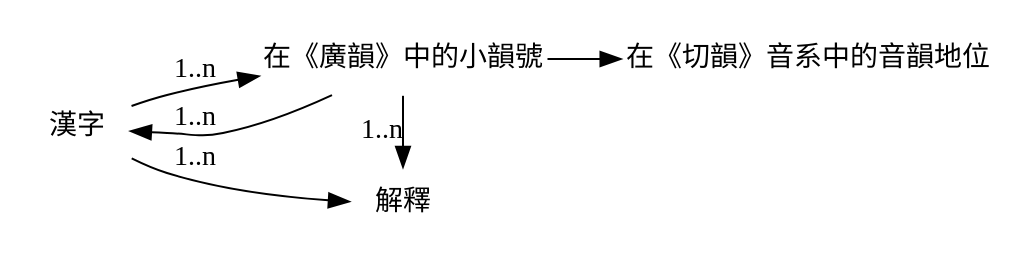
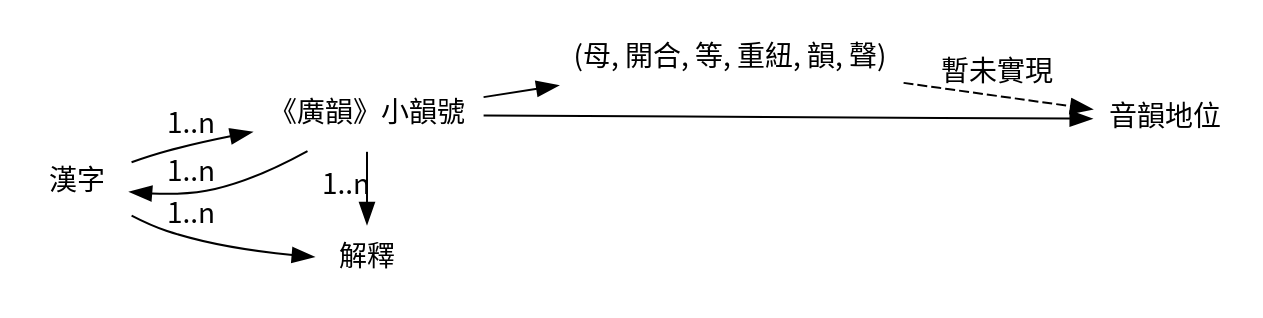
The diagram in demo/qieyun-js.dot (nk2028/tshet-uinh-js), drawn with Graphviz before and after one commit. The commit also changed 9 other files, not shown here.

```diff
--- a/demo/qieyun-js.dot
+++ b/demo/qieyun-js.dot
@@ -1,14 +1,19 @@
 digraph {
+    graph [fontname="Noto Sans CJK HK"]
+    node [fontname="Noto Sans CJK HK"]
+    edge [fontname="Noto Sans CJK HK"]
     node [shape=plaintext]
     rankdir=LR
-    漢字 -> 在《廣韻》中的小韻號 [label="1..n"]
+    漢字 -> 《廣韻》小韻號 [label="1..n"]
     漢字 -> 解釋 [label="1..n"]
-    在《廣韻》中的小韻號 -> 漢字 [label="1..n"]
-    在《廣韻》中的小韻號 -> 解釋 [label="1..n"]
-    在《廣韻》中的小韻號 -> 在《切韻》音系中的音韻地位
+    《廣韻》小韻號 -> 漢字 [label="1..n"]
+    《廣韻》小韻號 -> 解釋 [label="1..n"]
+    《廣韻》小韻號 -> "(母, 開合, 等, 重紐, 韻, 聲)"
+    "(母, 開合, 等, 重紐, 韻, 聲)" -> 音韻地位 [style=dashed, label="暫未實現"]
+    《廣韻》小韻號 -> 音韻地位
     subgraph subs {
         rank=same
-        在《廣韻》中的小韻號
+        《廣韻》小韻號
         解釋
     }
 }
```
